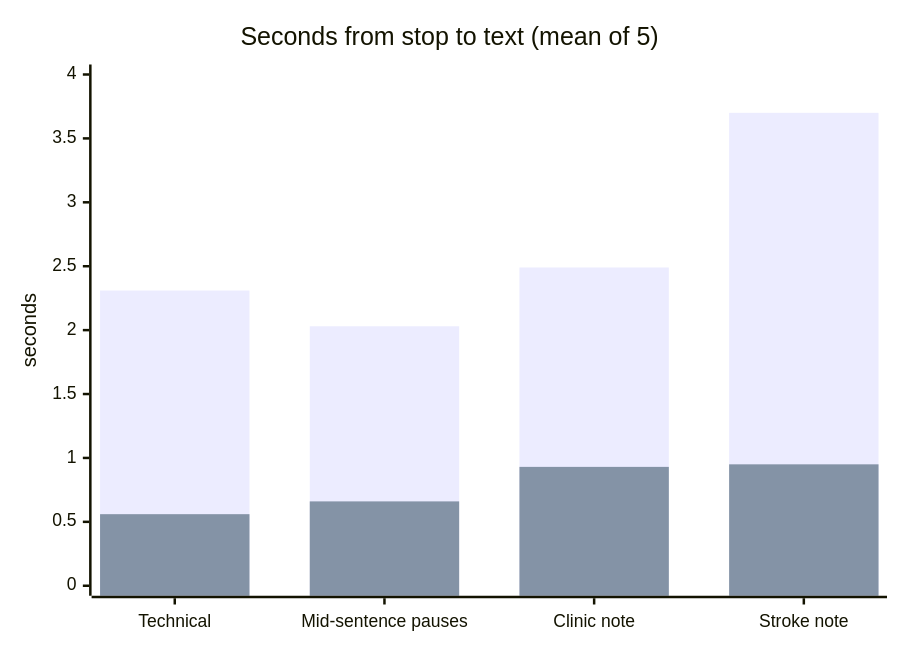
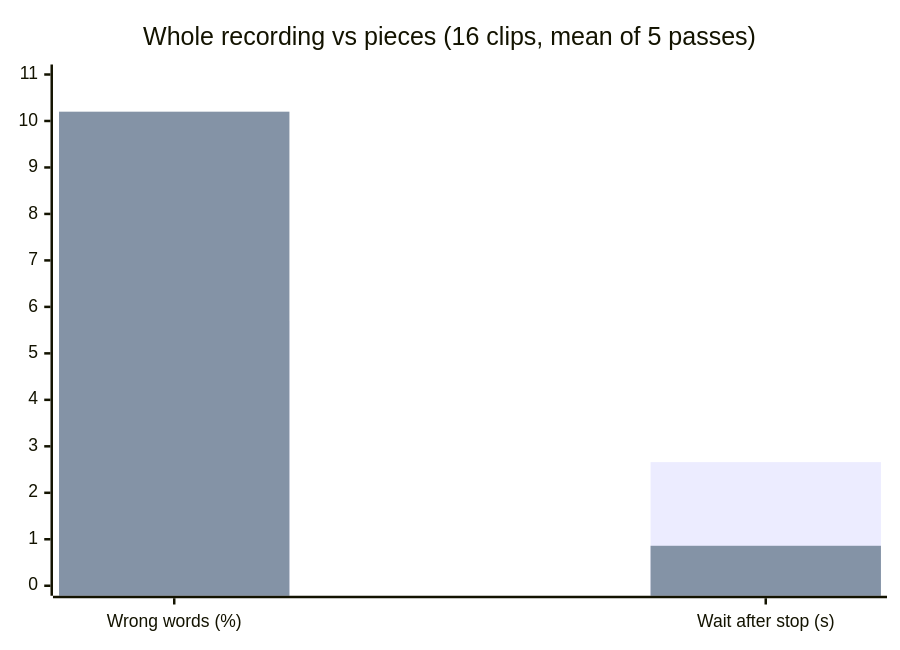
Before and after one commit to testyfishy/Diction: the diagram in HERMES-FORK.md, drawn with Mermaid. The commit also changed other lines of this file and 53 other files, not shown here.

````diff
--- a/HERMES-FORK.md
+++ b/HERMES-FORK.md
@@ -31,8 +29,8 @@
 ```mermaid
 xychart-beta
-    title "Seconds from stop to text (mean of 5)"
-    x-axis ["Technical", "Mid-sentence pauses", "Clinic note", "Stroke note"]
-    y-axis "seconds" 0 --> 4
-    bar [2.31, 2.03, 2.49, 3.70]
-    bar [0.56, 0.66, 0.93, 0.95]
+    title "Whole recording vs pieces (16 clips, mean of 5 passes)"
+    x-axis ["Wrong words (%)", "Wait after stop (s)"]
+    y-axis 0 --> 11
+    bar [5.7, 2.66]
+    bar [10.2, 0.86]
 ```
````
